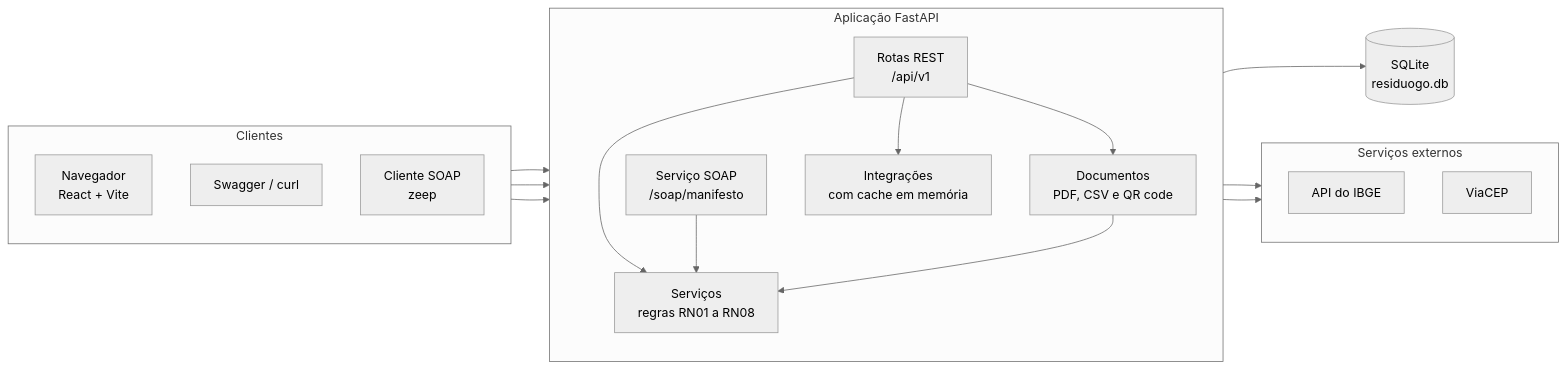
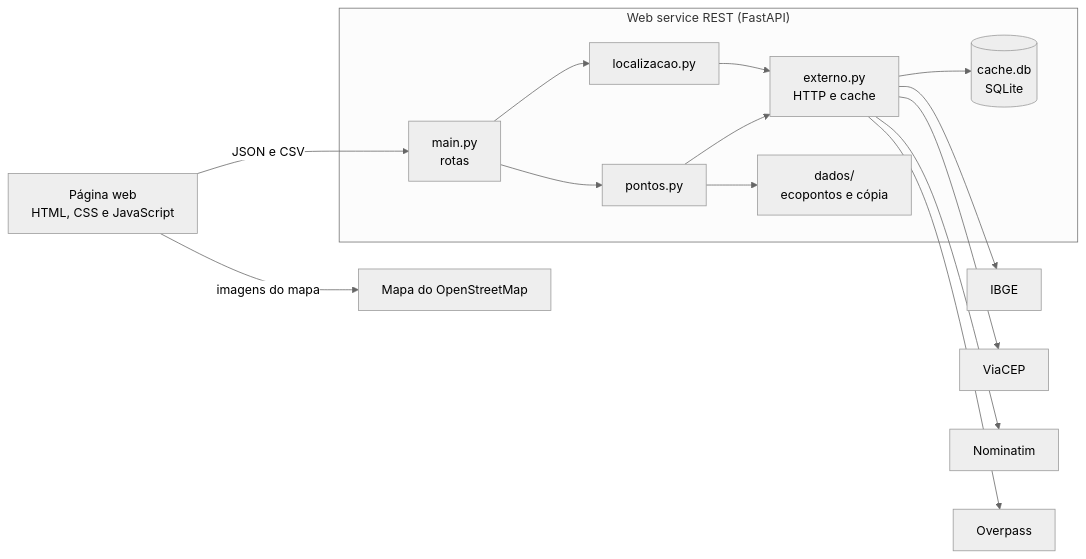
Before and after one commit to GustasSilva/residuogo: the first of 4 diagrams in docs/DIAGRAMAS.md, drawn with Mermaid (neutral theme). The commit also changed other lines of this file and 134 other files, not shown here.

Commit message:
simplifica o projeto: consulta de pontos de coleta com REST e pagina web

````diff
--- a/docs/DIAGRAMAS.md
+++ b/docs/DIAGRAMAS.md
@@ -24,40 +7,32 @@
 ```mermaid
 flowchart LR
-    subgraph clientes["Clientes"]
-        direction TB
-        navegador["Navegador<br>React + Vite"]
-        swagger["Swagger / curl"]
-        zeep["Cliente SOAP<br>zeep"]
+    pagina["Página web<br/>HTML, CSS e JavaScript"]
+
+    subgraph servico["Web service REST (FastAPI)"]
+        main["main.py<br/>rotas"]
+        localizacao["localizacao.py"]
+        pontos["pontos.py"]
+        externo["externo.py<br/>HTTP e cache"]
+        cache[("cache.db<br/>SQLite")]
+        dados["dados/<br/>ecopontos e cópia"]
     end
 
-    subgraph aplicacao["Aplicação FastAPI"]
-        direction TB
-        rest["Rotas REST<br>/api/v1"]
-        soap["Serviço SOAP<br>/soap/manifesto"]
-        documentos["Documentos<br>PDF, CSV e QR code"]
-        integracoes["Integrações<br>com cache em memória"]
-        servicos["Serviços<br>regras RN01 a RN08"]
-    end
+    ibge["IBGE"]
+    viacep["ViaCEP"]
+    nominatim["Nominatim"]
+    overpass["Overpass"]
+    tiles["Mapa do OpenStreetMap"]
 
-    subgraph externos["Serviços externos"]
-        direction TB
-        ibge["API do IBGE"]
-        viacep["ViaCEP"]
-    end
-
-    banco[("SQLite<br>residuogo.db")]
-
-    navegador --> rest
-    swagger --> rest
-    zeep --> soap
-
-    rest --> servicos
-    soap --> servicos
-    rest --> documentos
-    documentos --> servicos
-    rest --> integracoes
-
-    integracoes --> ibge
-    integracoes --> viacep
-    servicos --> banco
+    pagina -- "JSON e CSV" --> main
+    pagina -- "imagens do mapa" --> tiles
+    main --> localizacao
+    main --> pontos
+    localizacao --> externo
+    pontos --> externo
+    pontos --> dados
+    externo --> cache
+    externo --> ibge
+    externo --> viacep
+    externo --> nominatim
+    externo --> overpass
 ```
````
